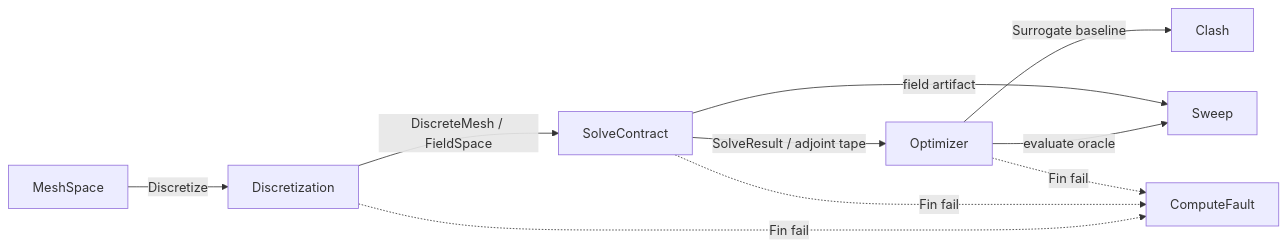
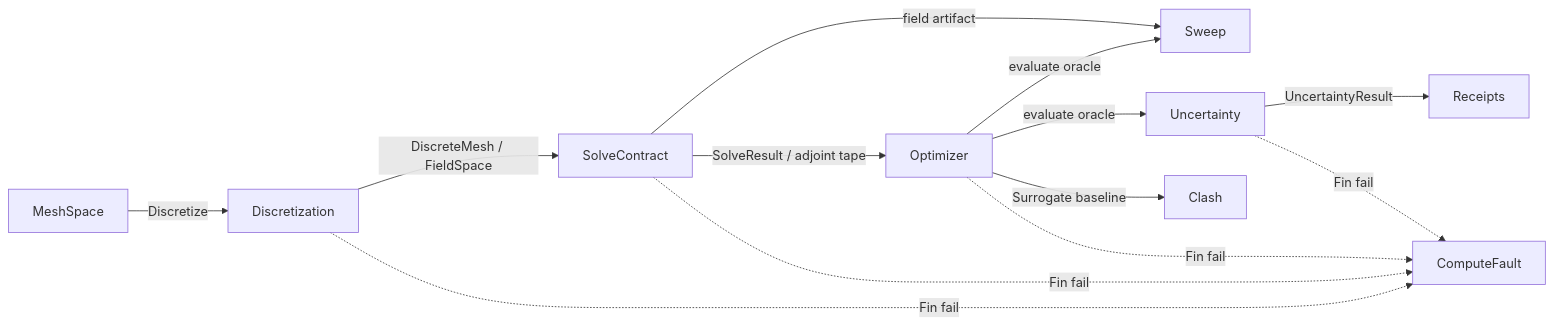
The diagram in libs/csharp/Rasm.Compute/.planning/solver/index.md (bsamiee/Rasm), drawn with Mermaid before and after one commit. The commit also changed other lines of this file and 265 other files, not shown here.

````diff
--- a/libs/csharp/Rasm.Compute/.planning/solver/index.md
+++ b/libs/csharp/Rasm.Compute/.planning/solver/index.md
@@ -18,12 +18,15 @@
 ```mermaid
 flowchart LR
     MeshSpace -->|Discretize| Discretization
     Discretization -->|DiscreteMesh / FieldSpace| SolveContract
     SolveContract -->|SolveResult / adjoint tape| Optimizer
     Optimizer -->|evaluate oracle| Sweep
+    Optimizer -->|evaluate oracle| Uncertainty
     SolveContract -->|field artifact| Sweep
     Optimizer -->|Surrogate baseline| Clash
+    Uncertainty -->|UncertaintyResult| Receipts
     Discretization -.->|Fin fail| ComputeFault
     SolveContract -.->|Fin fail| ComputeFault
     Optimizer -.->|Fin fail| ComputeFault
+    Uncertainty -.->|Fin fail| ComputeFault
 ```
````
